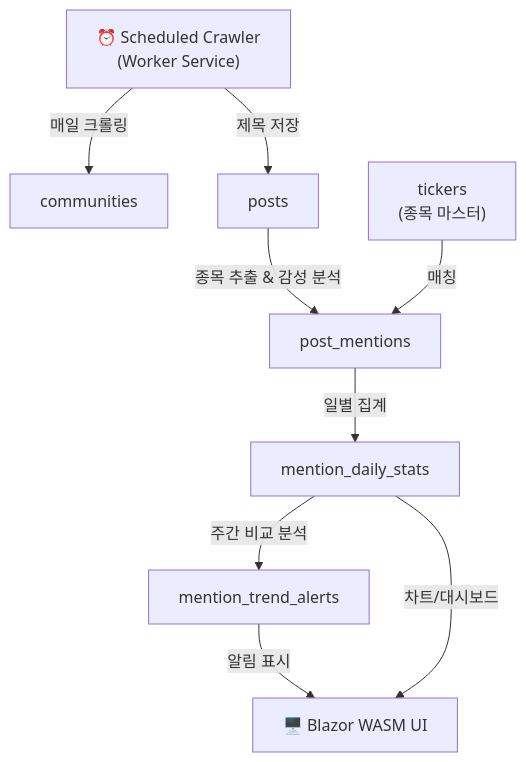
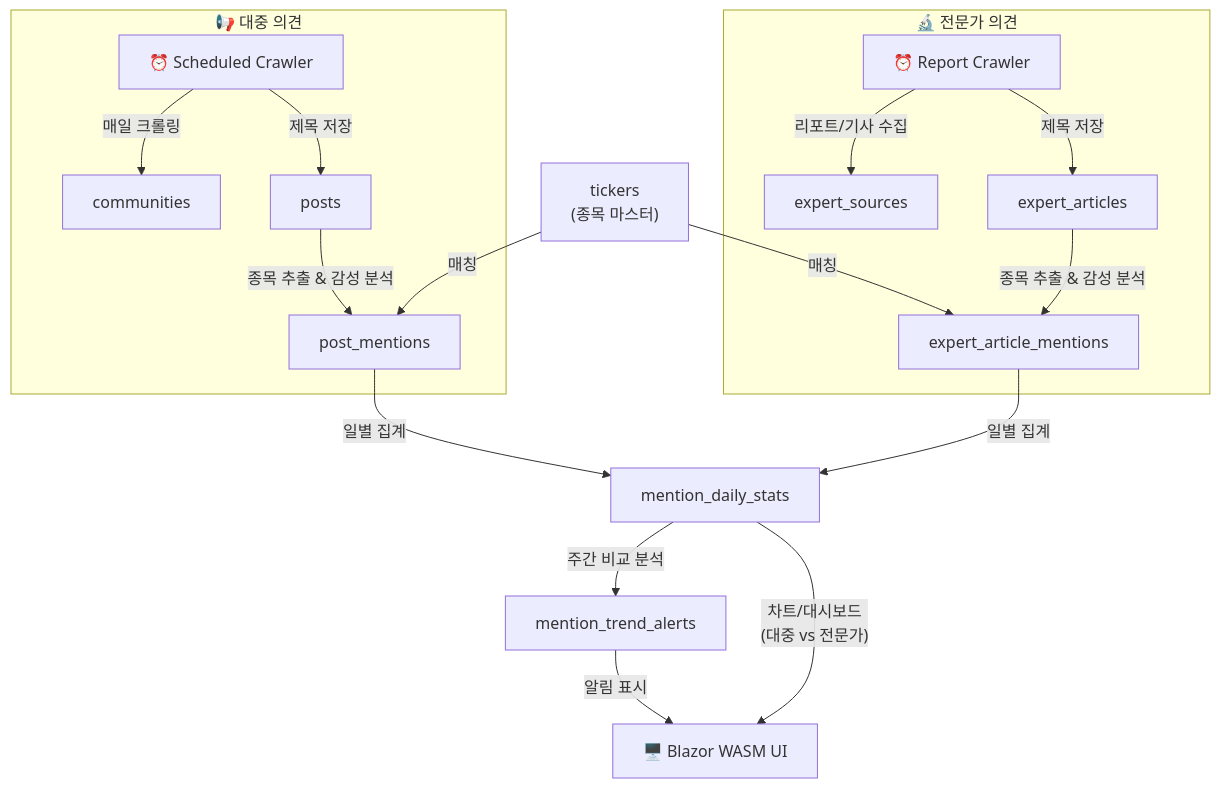
The second of 2 diagrams in docs/db-schema.md (suyeongpark/human-index), drawn with Mermaid before and after one commit. The commit also changed other lines of this file and 2 other files, not shown here.

First line of the commit message:
feat: 한경 컨센서스 증권사 리포트 크롤러 추가

````diff
--- a/docs/db-schema.md
+++ b/docs/db-schema.md
@@ -211,11 +312,22 @@
 ```mermaid
 flowchart TD
-    A["⏰ Scheduled Crawler<br/>(Worker Service)"] -->|"매일 크롤링"| B["communities"]
-    A -->|"제목 저장"| C["posts"]
-    C -->|"종목 추출 & 감성 분석"| D["post_mentions"]
+    subgraph public["📢 대중 의견"]
+        A["⏰ Scheduled Crawler"] -->|"매일 크롤링"| B["communities"]
+        A -->|"제목 저장"| C["posts"]
+        C -->|"종목 추출 & 감성 분석"| D["post_mentions"]
+    end
+
+    subgraph expert["🔬 전문가 의견"]
+        A2["⏰ Report Crawler"] -->|"리포트/기사 수집"| B2["expert_sources"]
+        A2 -->|"제목 저장"| C2["expert_articles"]
+        C2 -->|"종목 추출 & 감성 분석"| D2["expert_article_mentions"]
+    end
+
     E["tickers<br/>(종목 마스터)"] -->|"매칭"| D
+    E -->|"매칭"| D2
     D -->|"일별 집계"| F["mention_daily_stats"]
+    D2 -->|"일별 집계"| F
     F -->|"주간 비교 분석"| G["mention_trend_alerts"]
     G -->|"알림 표시"| H["🖥️ Blazor WASM UI"]
-    F -->|"차트/대시보드"| H
+    F -->|"차트/대시보드<br/>(대중 vs 전문가)"| H
 ```
````
